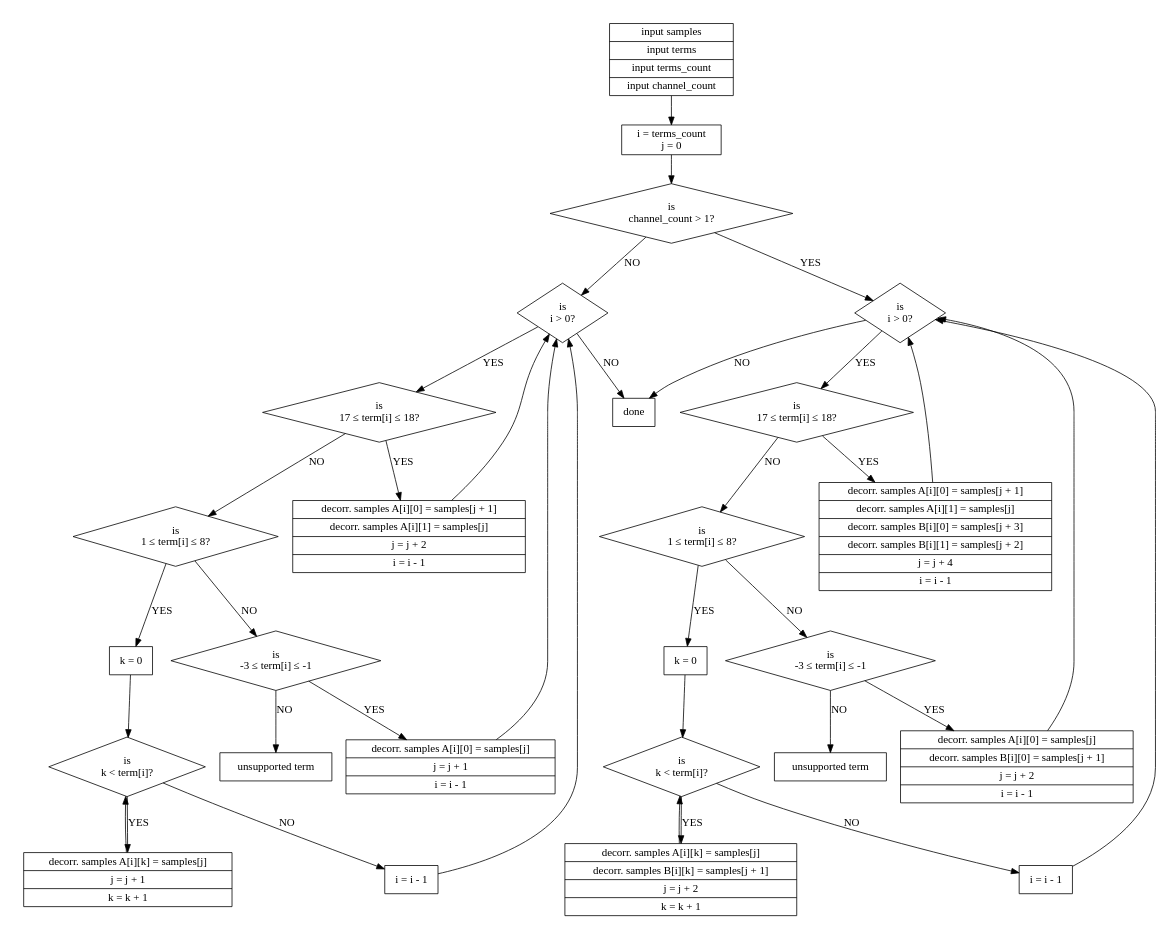
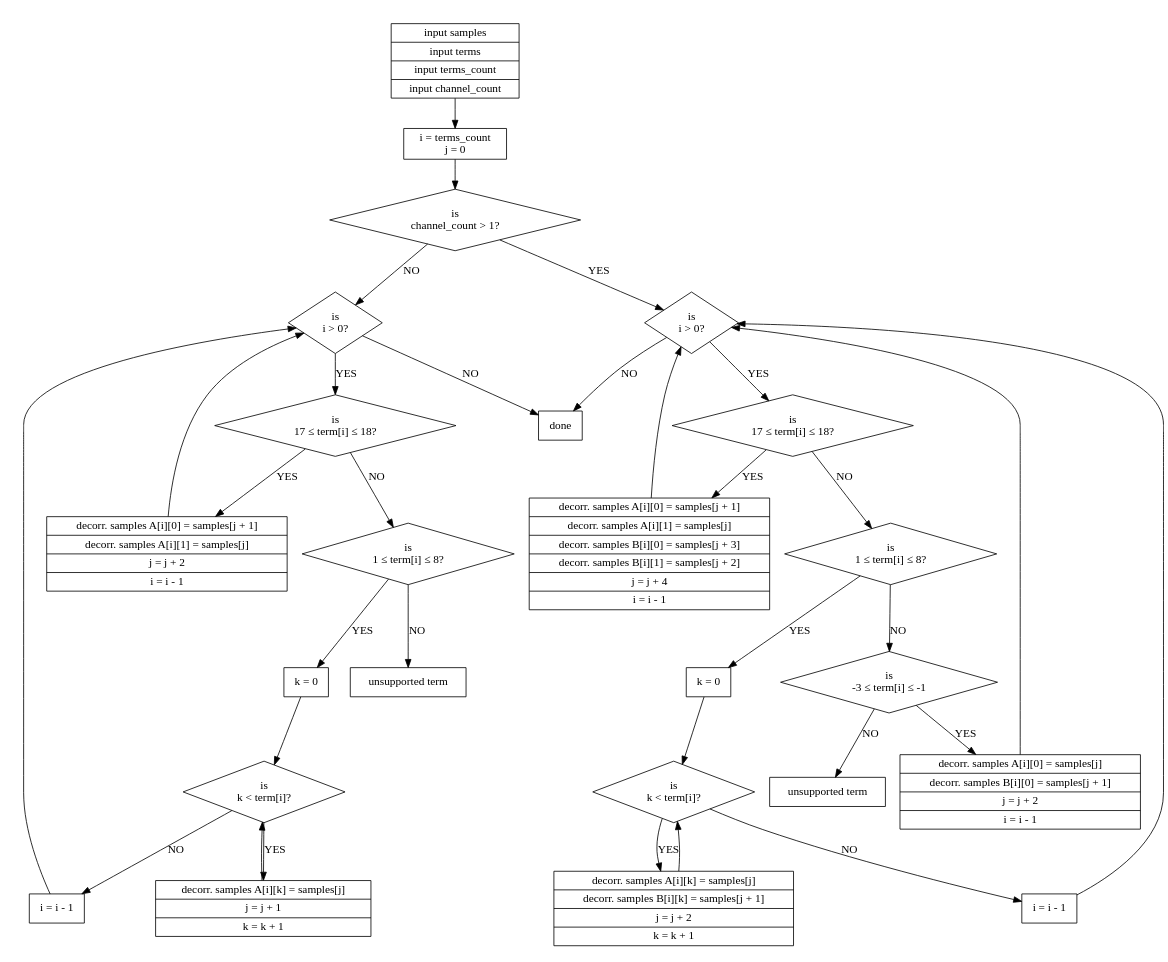
The diagram in docs/reference/figures/wavpack_decorr_samples2.dot (tuffy/python-audio-tools), drawn with Graphviz before and after one commit. The commit also changed 2 other files, not shown here.

```diff
--- a/docs/reference/figures/wavpack_decorr_samples2.dot
+++ b/docs/reference/figures/wavpack_decorr_samples2.dot
@@ -1,143 +1,137 @@
 digraph read_wavpack_samples {
   node [fontname="DejaVuSans"];
   edge [fontname="DejaVuSans"];
   size = "6,6";
   margin ="0";
   init [shape=record,label="{input samples|input terms|input terms_count|input channel_count}"];
   init_i [shape=box,label="i = terms_count\nj = 0"];
 
   init -> init_i -> check_stereo;
 
   check_stereo [shape=diamond,label="is\nchannel_count > 1?"];
   check_stereo -> mono_check_i [label="NO"];
   check_stereo -> stereo_check_i [label="YES"];
 
   mono_check_i [shape=diamond,label="is\ni > 0?"];
   mono_check_i -> mono_check_term_17_18 [label="YES"];
   mono_check_i -> mono_done [label="NO"];
 
   mono_decrement_i [shape=record,label="i = i - 1"];
   mono_decrement_i -> mono_check_i;
 
   mono_check_term_17_18 [shape=diamond,label="is\n17 ≤ term[i] ≤ 18?"];
   mono_check_term_1_8 [shape=diamond,label="is\n1 ≤ term[i] ≤ 8?"];
-  mono_check_term_neg [shape=diamond,label="is\n-3 ≤ term[i] ≤ -1"];
 
   mono_check_term_17_18 -> mono_check_term_1_8 [label="NO"];
   mono_check_term_17_18 -> mono_update_17_18 [label="YES"];
-  mono_check_term_1_8 -> mono_check_term_neg [label="NO"];
+  mono_check_term_1_8 -> mono_error [label="NO"];
   mono_check_term_1_8 -> mono_init_k [label="YES"];
-  mono_check_term_neg -> mono_error [label="NO"];
-  mono_check_term_neg -> mono_update_neg [label="YES"];
 
   mono_update_17_18 [shape=record,label="{decorr. samples A[i][0] = samples[j + 1]|decorr. samples A[i][1] = samples[j]|j = j + 2|i = i - 1}"];
   mono_update_17_18 -> mono_check_i;
 
   mono_init_k [shape=record,label="k = 0"];
   mono_check_k [shape=diamond,label="is\nk < term[i]?"];
   mono_update_k [shape=record,label="{decorr. samples A[i][k] = samples[j]|j = j + 1|k = k + 1}"];
 
   mono_init_k -> mono_check_k;
   mono_check_k -> mono_update_k [label="YES"];
   mono_check_k -> mono_decrement_i [label="NO"];
   mono_update_k -> mono_check_k;
-
-  mono_update_neg [shape=record,label="{decorr. samples A[i][0] = samples[j]|j = j + 1|i = i - 1}"];
-  mono_update_neg -> mono_check_i;
 
   stereo_check_i [shape=diamond,label="is\ni > 0?"];
   stereo_check_i -> stereo_check_term_17_18 [label="YES"];
   stereo_check_i -> mono_done [label="NO"];
 
   stereo_decrement_i [shape=record,label="i = i - 1"];
   stereo_decrement_i -> stereo_check_i;
 
   stereo_check_term_17_18 [shape=diamond,label="is\n17 ≤ term[i] ≤ 18?"];
   stereo_check_term_1_8 [shape=diamond,label="is\n1 ≤ term[i] ≤ 8?"];
   stereo_check_term_neg [shape=diamond,label="is\n-3 ≤ term[i] ≤ -1"];
 
   stereo_check_term_17_18 -> stereo_check_term_1_8 [label="NO"];
   stereo_check_term_17_18 -> stereo_update_17_18 [label="YES"];
   stereo_check_term_1_8 -> stereo_check_term_neg [label="NO"];
   stereo_check_term_1_8 -> stereo_init_k [label="YES"];
   stereo_check_term_neg -> stereo_error [label="NO"];
   stereo_check_term_neg -> stereo_update_neg [label="YES"];
 
   stereo_update_17_18 [shape=record,label="{decorr. samples A[i][0] = samples[j + 1]|decorr. samples A[i][1] = samples[j]|decorr. samples B[i][0] = samples[j + 3]|decorr. samples B[i][1] = samples[j + 2]|j = j + 4|i = i - 1}"];
   stereo_update_17_18 -> stereo_check_i;
 
   stereo_init_k [shape=record,label="k = 0"];
   stereo_check_k [shape=diamond,label="is\nk < term[i]?"];
   stereo_update_k [shape=record,label="{decorr. samples A[i][k] = samples[j]|decorr. samples B[i][k] = samples[j + 1]|j = j + 2|k = k + 1}"];
 
   stereo_init_k -> stereo_check_k;
   stereo_check_k -> stereo_update_k [label="YES"];
   stereo_check_k -> stereo_decrement_i [label="NO"];
   stereo_update_k -> stereo_check_k;
 
   stereo_update_neg [shape=record,label="{decorr. samples A[i][0] = samples[j]|decorr. samples B[i][0] = samples[j + 1]|j = j + 2|i = i - 1}"];
   stereo_update_neg -> stereo_check_i;
 
 /*
   check_i [shape=diamond,label="is\ni >= 0?"];
 
   check_i -> done [label="NO"];
   check_i -> check_term_17_18 [label="YES"];
 
   decrement_i [shape=record,label="i = i - 1"];
   decrement_i -> check_i;
 
   check_term_17_18 [shape=diamond,label="is\n17 ≤ term[i] ≤ 18?"];
   update_17_18_mono [shape=record,label="{decorr. samples A[i][0] = samples[j + 1]|decorr. samples A[i][1] = samples[j]|j = j + 2}"];
   check_17_18_mono [shape=diamond,label="is\nchannel_count > 1?"];
   update_17_18_stereo [shape=record,label="{decorr. samples B[i][0] = samples[j + 1]|decorr. samples B[i][1] = samples[j]|j = j + 2}"];
 
   check_term_17_18 -> update_17_18_mono [label="YES"];
   check_term_17_18 -> check_term_1_8 [label="NO"];
   update_17_18_mono -> check_17_18_mono;
   check_17_18_mono -> update_17_18_stereo [label="YES"];
   check_17_18_mono -> decrement_i [label="NO"];
   update_17_18_stereo -> decrement_i;
 
   check_term_1_8 [shape=diamond,label="is\n1 ≤ term[i] ≤ 8?"];
   check_term_1_8 -> init_k [label="YES"];
   check_term_1_8 -> check_neg_term [label="NO"];
 
   init_k [shape=record,label="k = term[i]"];
   check_k [shape=diamond,label="is\nk > 0?"];
   check_k -> decrement_i [label="NO"];
   check_k -> update_k_mono [label="YES"];
 
   update_k_mono [shape=record,label="{decorr. samples A[i][k] = samples[j]|j = j + 1}"];
   update_k_mono -> check_k_stereo;
   check_k_stereo [shape=diamond,label="is\nchannel_count > 1?"];
   update_k_stereo [shape=record,label="{decorr. samples B[i][k] = samples[j]|j = j + 1}"];
   check_k_stereo -> update_k_stereo [label="YES"];
   check_k_stereo -> decrement_k [label="NO"];
   update_k_stereo -> decrement_k;
 
   decrement_k [shape=record,label="k = k - 1"];
   decrement_k -> check_k;
 
   init_k -> check_k;
 
   check_neg_term [shape=diamond,label="is\n-3 ≤ term[i] ≤ -1"];
   check_neg_term -> update_neg_mono [label="YES"];
   check_neg_term -> error [label="NO"];
 
   update_neg_mono [shape=record,label="{decorr. samples A[i][0] = samples[j]|j = j + 1}"];
   check_neg_stereo [shape=diamond,label="is\nchannel_count > 1?"];
   update_neg_stereo [shape=record,label="{decorr. samples B[i][0] = samples[j]|j = j + 1}"];
 
   update_neg_mono -> check_neg_stereo;
   check_neg_stereo -> update_neg_stereo [label="YES"];
   check_neg_stereo -> decrement_i [label="NO"];
   update_neg_stereo -> decrement_i;
 */
 
   mono_error [shape=box,label="unsupported term"];
   stereo_error [shape=box,label="unsupported term"];
 
   mono_done [shape=box,label="done"];
   /*stereo_done [shape=box,label="done"];*/
 }
```
